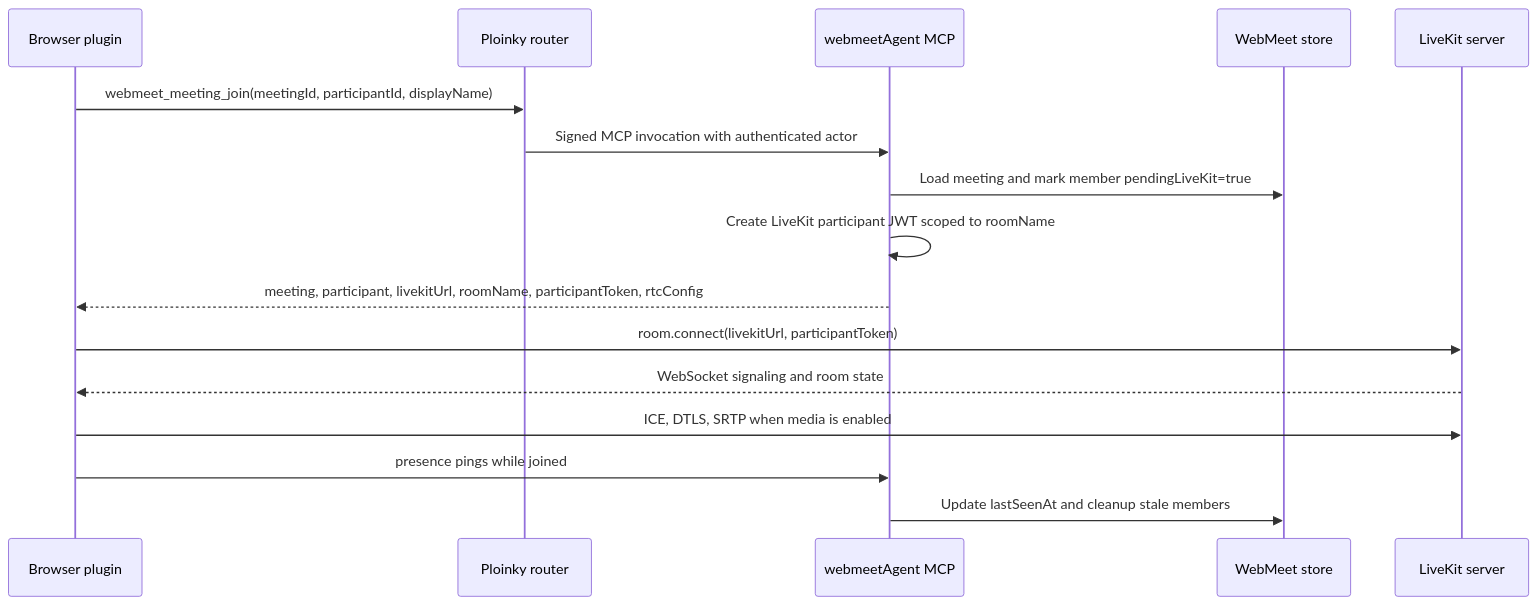
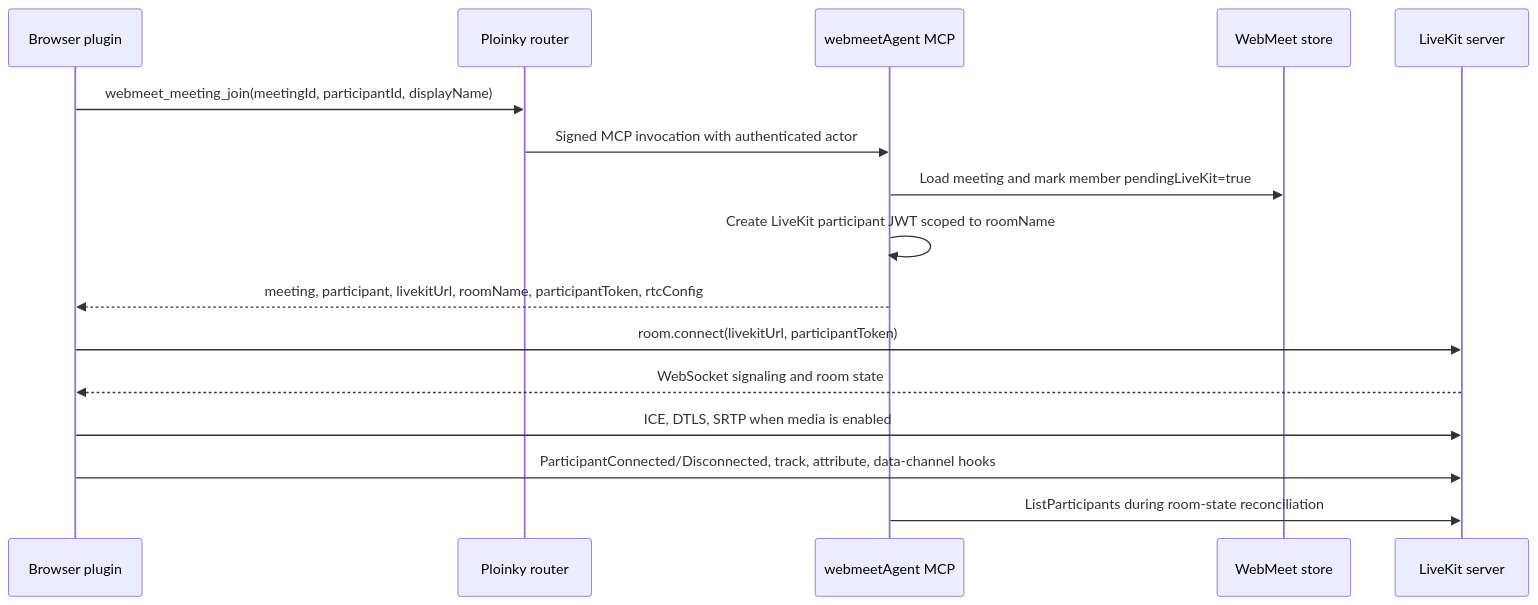
Before and after one commit to PloinkyRepos/AssistOSExplorer: the third of 9 diagrams in docs/webmeet-architecture.md, drawn with Mermaid. The commit also changed other lines of this file and 40 other files, not shown here.

````diff
--- a/docs/webmeet-architecture.md
+++ b/docs/webmeet-architecture.md
@@ -285,19 +285,19 @@
 ```mermaid
 sequenceDiagram
     participant B as Browser plugin
     participant R as Ploinky router
     participant M as webmeetAgent MCP
     participant S as WebMeet store
     participant L as LiveKit server
 
     B->>R: webmeet_meeting_join(meetingId, participantId, displayName)
     R->>M: Signed MCP invocation with authenticated actor
     M->>S: Load meeting and mark member pendingLiveKit=true
     M->>M: Create LiveKit participant JWT scoped to roomName
     M-->>B: meeting, participant, livekitUrl, roomName, participantToken, rtcConfig
     B->>L: room.connect(livekitUrl, participantToken)
     L-->>B: WebSocket signaling and room state
     B->>L: ICE, DTLS, SRTP when media is enabled
-    B->>M: presence pings while joined
-    M->>S: Update lastSeenAt and cleanup stale members
+    B->>L: ParticipantConnected/Disconnected, track, attribute, data-channel hooks
+    M->>L: ListParticipants during room-state reconciliation
 ```
````
